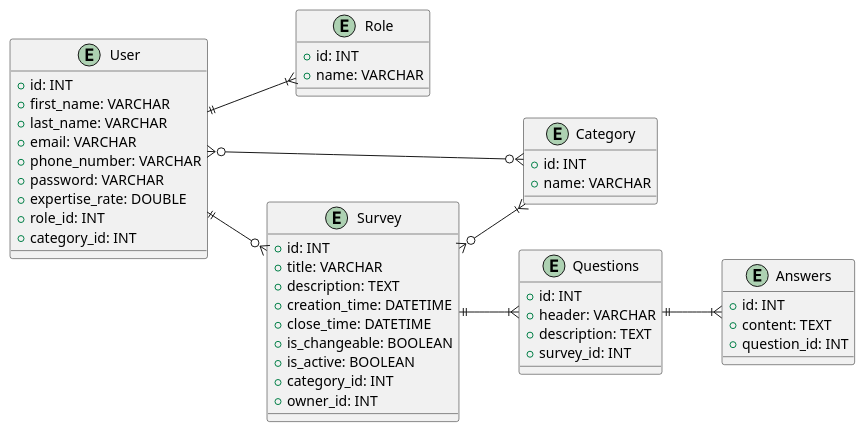
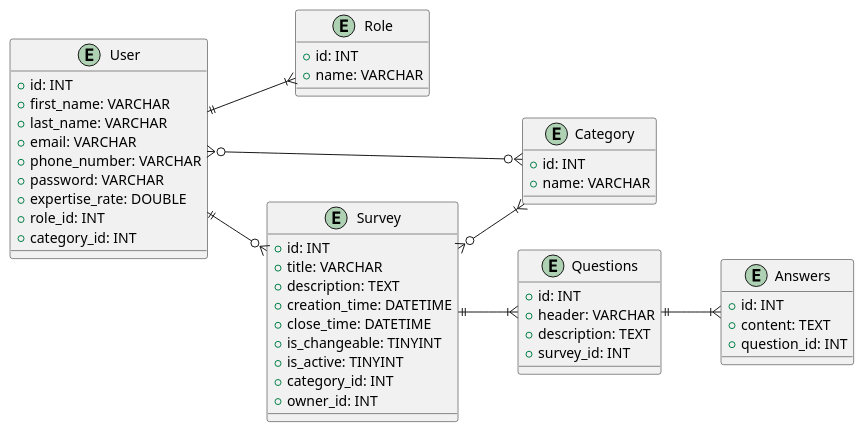
The second of 2 diagrams in docs/design.md (generalmaks/db_labs), drawn with PlantUML before and after one commit.

Commit message:
Update er model

````diff
--- a/docs/design.md
+++ b/docs/design.md
@@ -106,60 +106,60 @@
 ```plantuml
 @startuml
 
 left to right direction
   
   entity "Role" {
     + id: INT
     + name: VARCHAR
   }
   
   entity "User" {
     + id: INT 
     + first_name: VARCHAR
     + last_name: VARCHAR
     + email: VARCHAR
     + phone_number: VARCHAR
     + password: VARCHAR
     + expertise_rate: DOUBLE
     + role_id: INT
     + category_id: INT
   }
   
   entity "Category" {
     + id: INT
     + name: VARCHAR
   }
   
   entity "Survey" {
     + id: INT
     + title: VARCHAR
     + description: TEXT
     + creation_time: DATETIME 
     + close_time: DATETIME
-    + is_changeable: BOOLEAN
-    + is_active: BOOLEAN
+    + is_changeable: TINYINT
+    + is_active: TINYINT
     + category_id: INT 
     + owner_id: INT
   }
   
   entity "Questions" {
     + id: INT
     + header: VARCHAR
     + description: TEXT
     + survey_id: INT
   }
   
   entity "Answers" {
     + id: INT
     + content: TEXT
     + question_id: INT
   }
   
   "User" ||--|{ "Role"
   "User" }o--o{ "Category"
   "User" ||--o{ "Survey"
   "Survey" ||--|{ "Questions"
   "Questions" ||--|{ "Answers"
   "Survey" }o--|{ "Category"
 @enduml
 ```
````
